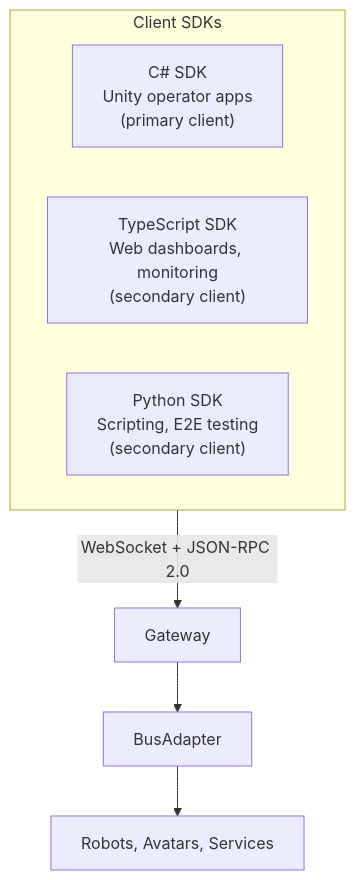
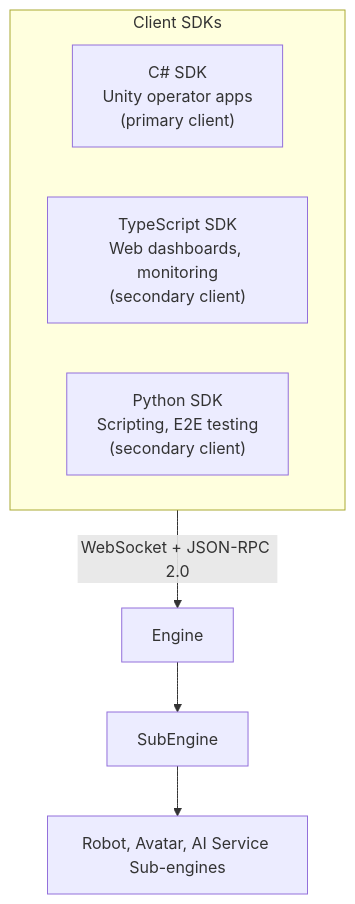
One commit to openrois/openrois changed the sixth of 17 diagrams in docs/white-paper.md. Above: the diagram before and after it, drawn with Mermaid. The commit also changed other lines of this file and 48 other files, not shown here.

First line of the commit message:
docs: align architecture diagram and terminology across public docs

````diff
--- a/docs/white-paper.md
+++ b/docs/white-paper.md
@@ -483,13 +499,13 @@
 ```mermaid
 flowchart TB
     subgraph SDKs["Client SDKs"]
         direction LR
         CSharp["C# SDK<br/>Unity operator apps<br/>(primary client)"]
         TS["TypeScript SDK<br/>Web dashboards, monitoring<br/>(secondary client)"]
         Py["Python SDK<br/>Scripting, E2E testing<br/>(secondary client)"]
     end
 
-    SDKs -->|"WebSocket + JSON-RPC 2.0"| Gateway["Gateway"]
-    Gateway --> BusAdapter["BusAdapter"]
-    BusAdapter --> Hosts["Robots, Avatars, Services"]
+    SDKs -->|"WebSocket + JSON-RPC 2.0"| Engine["Engine"]
+    Engine --> SubEngine["SubEngine"]
+    SubEngine --> SubEngines["Robot, Avatar, AI Service Sub-engines"]
 ```
````
